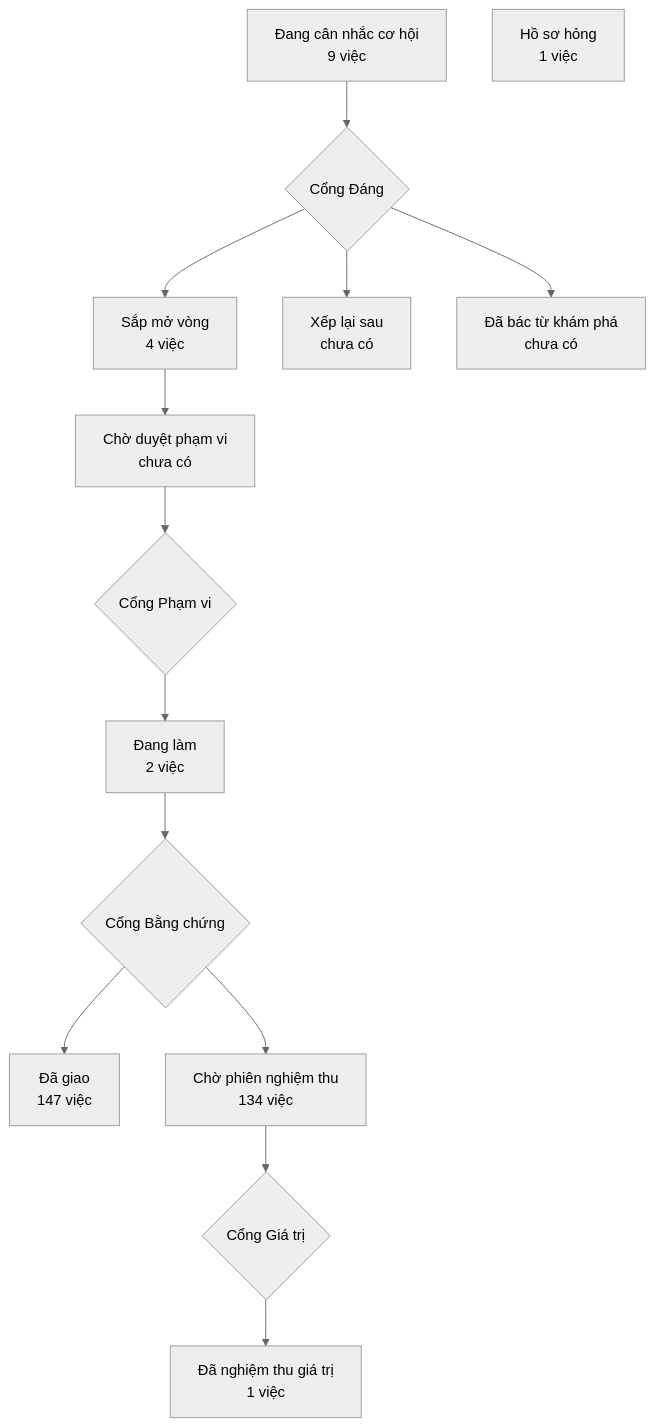
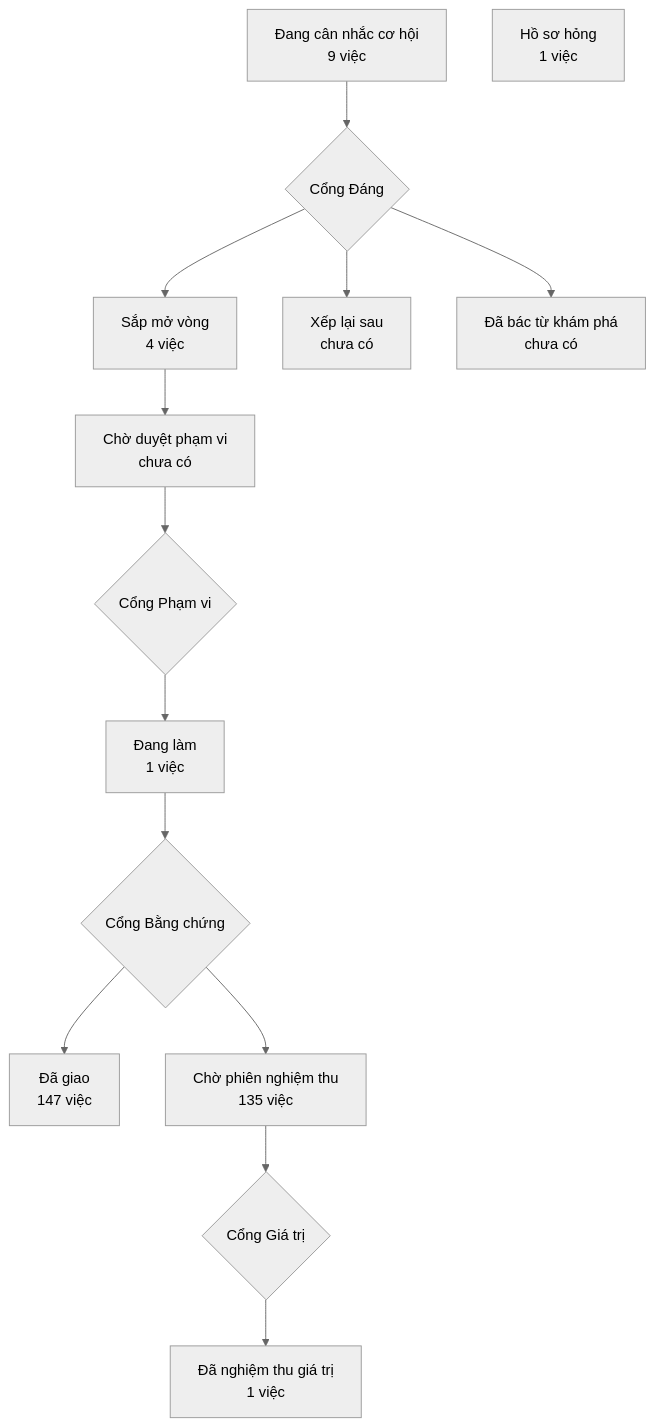
The diagram in PRODUCT-MAP.md (phanlemanh/crm-onehub), drawn with Mermaid (neutral theme) before and after one commit. The commit also changed 4 other files, not shown here.

````diff
--- a/PRODUCT-MAP.md
+++ b/PRODUCT-MAP.md
@@ -7,13 +7,13 @@
 ```mermaid
 flowchart TD
   A["Đang cân nhắc cơ hội<br/>9 việc"] --> GD{"Cổng Đáng"}
   GD --> B["Sắp mở vòng<br/>4 việc"]
   GD --> XL["Xếp lại sau<br/>chưa có"]
   GD --> DB["Đã bác từ khám phá<br/>chưa có"]
   B --> CD["Chờ duyệt phạm vi<br/>chưa có"] --> GP{"Cổng Phạm vi"}
-  GP --> DL["Đang làm<br/>2 việc"] --> GB{"Cổng Bằng chứng"}
+  GP --> DL["Đang làm<br/>1 việc"] --> GB{"Cổng Bằng chứng"}
   GB --> DG["Đã giao<br/>147 việc"]
-  GB --> CN["Chờ phiên nghiệm thu<br/>134 việc"] --> GG{"Cổng Giá trị"}
+  GB --> CN["Chờ phiên nghiệm thu<br/>135 việc"] --> GG{"Cổng Giá trị"}
   GG --> NT["Đã nghiệm thu giá trị<br/>1 việc"]
   HS["Hồ sơ hỏng<br/>1 việc"]
 ```
````
